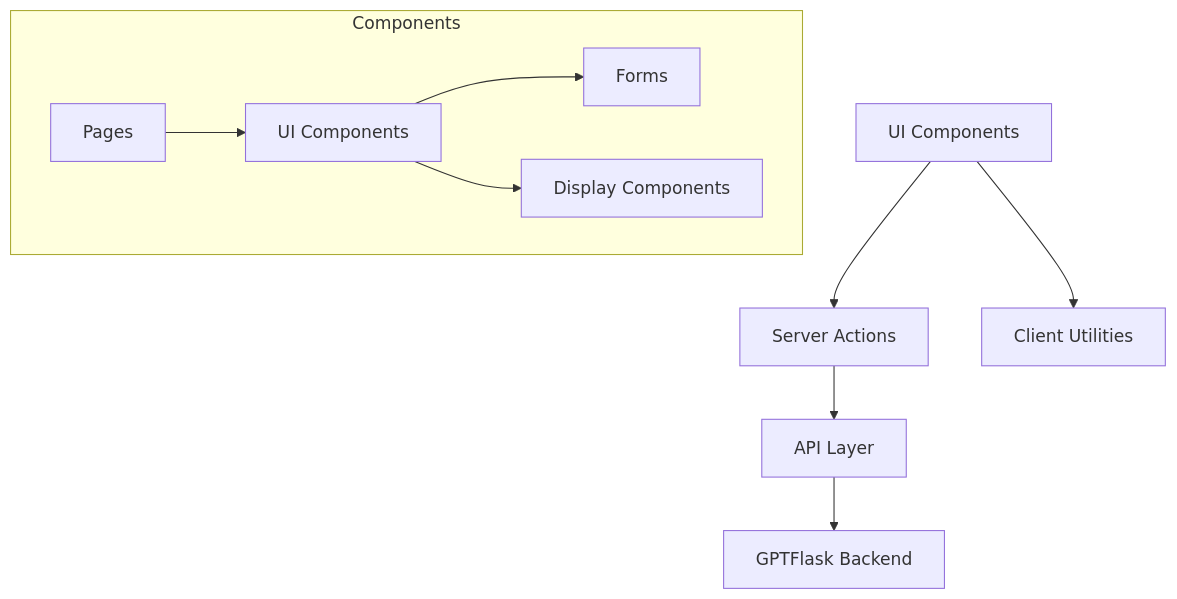
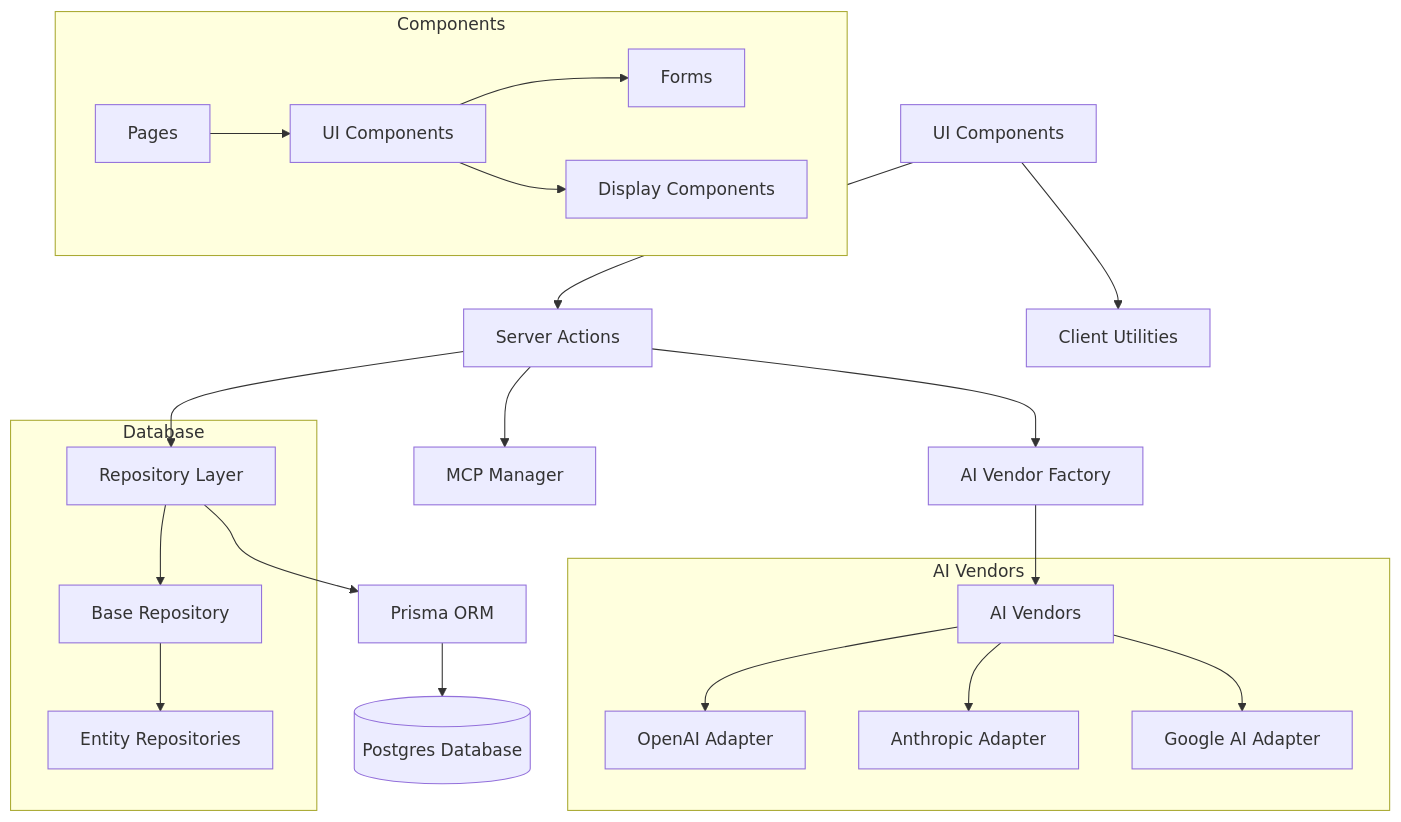
One commit to loneyeti/snowgoose changed the first of 4 diagrams in memory-bank/systemPatterns.md. Above: the diagram before and after it, drawn with Mermaid. The commit also changed other lines of this file and 78 other files, not shown here.

Commit message:
Overhauled to be a standalone application, no longer relying on the Flask API backend.

````diff
--- a/memory-bank/systemPatterns.md
+++ b/memory-bank/systemPatterns.md
@@ -7,13 +7,28 @@
 ```mermaid
 flowchart TD
     UI[UI Components] --> Actions[Server Actions]
     UI --> ClientUtils[Client Utilities]
-    Actions --> API[API Layer]
-    API --> GPTFlask[GPTFlask Backend]
+    Actions --> Repositories[Repository Layer]
+    Repositories --> Prisma[Prisma ORM]
+    Prisma --> DB[(Postgres Database)]
+    Actions --> AIFactory[AI Vendor Factory]
+    AIFactory --> AIVendors[AI Vendors]
+    Actions --> MCPManager[MCP Manager]
 
     subgraph Components
         Pages[Pages] --> UIComponents[UI Components]
         UIComponents --> Forms[Forms]
         UIComponents --> Display[Display Components]
     end
+
+    subgraph AI Vendors
+        AIVendors --> OpenAI[OpenAI Adapter]
+        AIVendors --> Anthropic[Anthropic Adapter]
+        AIVendors --> Google[Google AI Adapter]
+    end
+
+    subgraph Database
+        Repositories --> BaseRepo[Base Repository]
+        BaseRepo --> EntityRepos[Entity Repositories]
+    end
 ```
````
